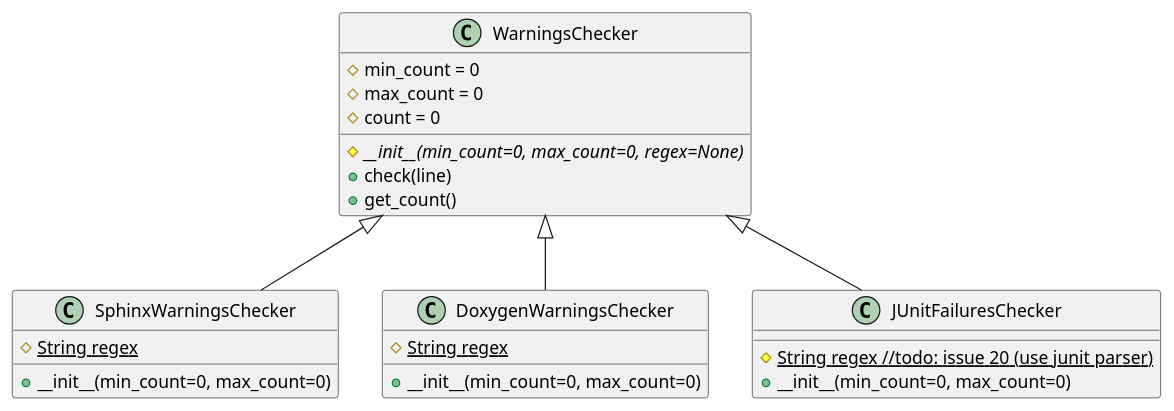
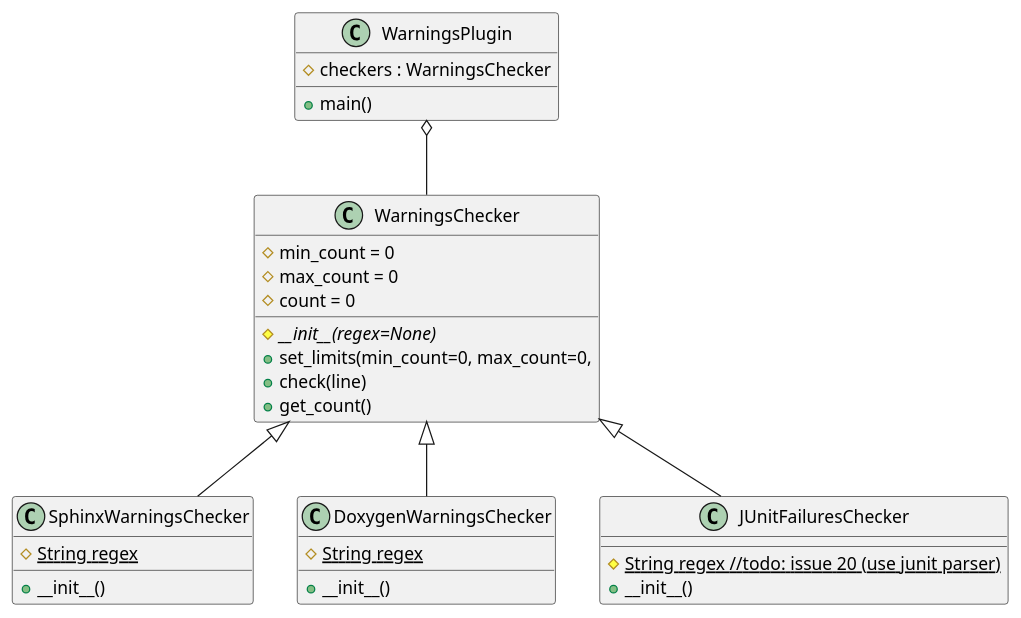
Before and after one commit to melexis/warnings-plugin: the diagram in docs/design.rst, drawn with PlantUML.

Commit message:
Add WarningsPlugin topclass, min/max out of constructor

```diff
--- a/docs/design.rst
+++ b/docs/design.rst
@@ -13,33 +13,40 @@
 .. uml::
 
     @startuml
+    class WarningsPlugin {
+        #checkers : WarningsChecker
+        +main()
+    }
+
     class WarningsChecker {
         #min_count = 0
         #max_count = 0
         #count = 0
 
-        #{abstract} __init__(min_count=0, max_count=0, regex=None)
+        #{abstract} __init__(regex=None)
+        +set_limits(min_count=0, max_count=0,
         +check(line)
         +get_count()
     }
 
     class SphinxWarningsChecker {
         #{static} String regex
-        +__init__(min_count=0, max_count=0)
+        +__init__()
     }
 
     class DoxygenWarningsChecker {
         #{static} String regex
-        +__init__(min_count=0, max_count=0)
+        +__init__()
     }
 
     class JUnitFailuresChecker {
         #{static} String regex //todo: issue 20 (use junit parser)
-        +__init__(min_count=0, max_count=0)
+        +__init__()
     }
 
+    WarningsPlugin o-- WarningsChecker
     WarningsChecker <|-- SphinxWarningsChecker
     WarningsChecker <|-- DoxygenWarningsChecker
     WarningsChecker <|-- JUnitFailuresChecker
 
     @enduml
```
